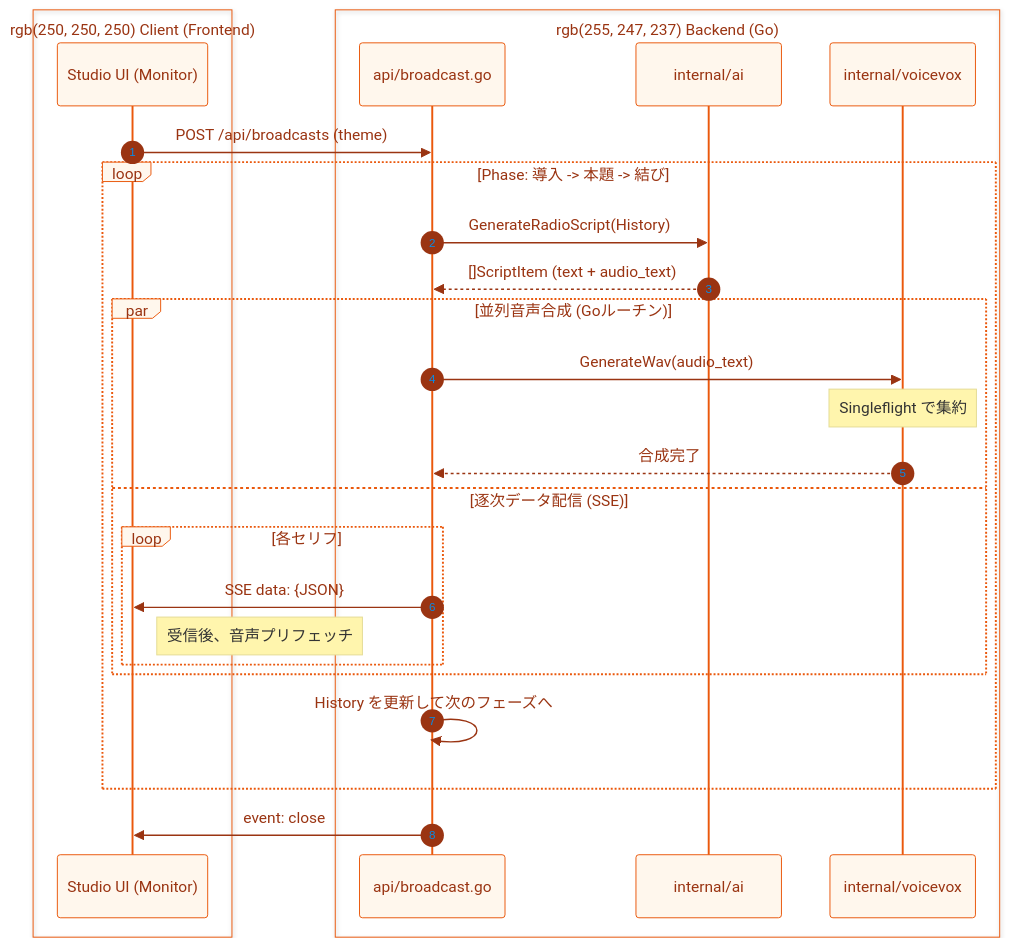
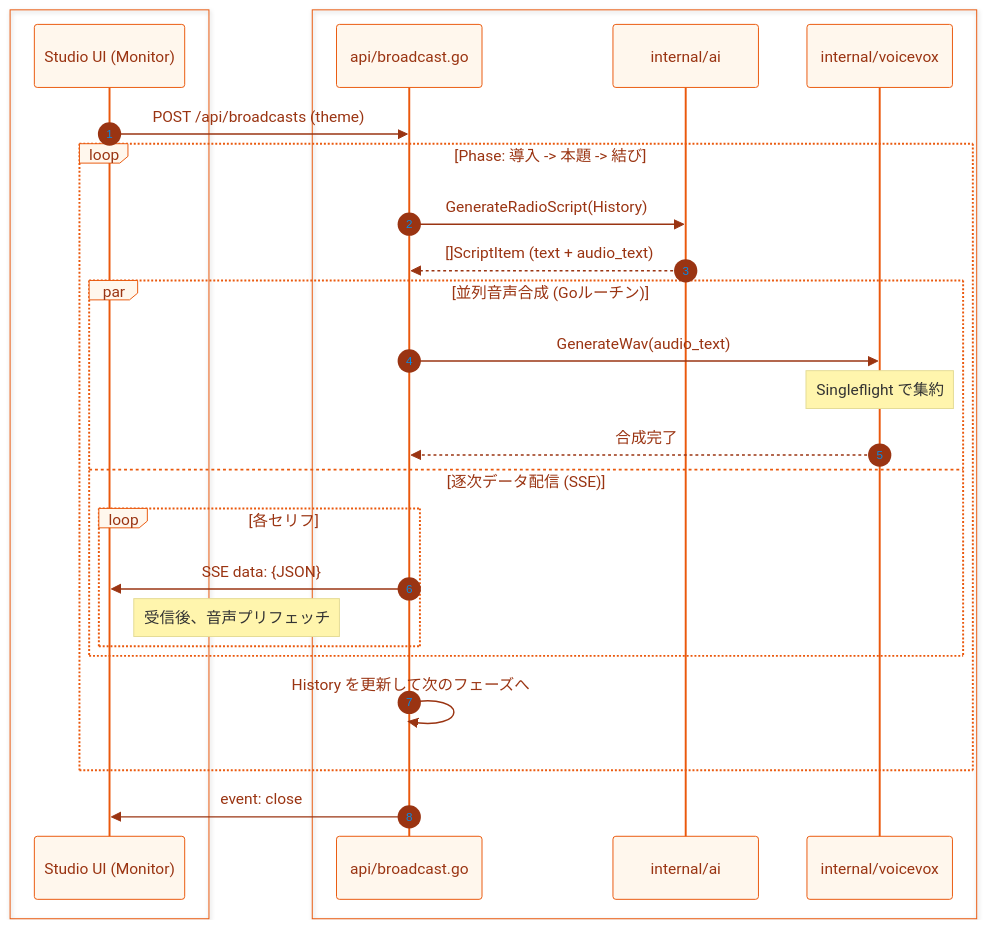
The second of 4 diagrams in docs/system_flow.md (yuma25/AI-Radio-Room), drawn with Mermaid before and after one commit. The commit also changed other lines of this file, not shown here.

Commit message:
docs: use standard hex codes and quoted labels in Mermaid diagrams for better compatibility

````diff
--- a/docs/system_flow.md
+++ b/docs/system_flow.md
@@ -53,37 +53,37 @@
 ```mermaid
 %%{init: {'theme': 'base', 'themeVariables': { 'primaryColor': '#fff7ed', 'primaryTextColor': '#9a3412', 'primaryBorderColor': '#ea580c', 'lineColor': '#f97316'}}}%%
 sequenceDiagram
     autonumber
 
-    box rgb(250, 250, 250) Client (Frontend)
+    box #fafafa "Client (Frontend)"
         participant UI as Studio UI (Monitor)
     end
 
-    box rgb(255, 247, 237) Backend (Go)
+    box #fff7ed "Backend (Go)"
         participant Handler as api/broadcast.go
         participant AI as internal/ai
         participant VV as internal/voicevox
     end
 
     UI->>Handler: POST /api/broadcasts (theme)
     
     loop Phase: 導入 -> 本題 -> 結び
         Handler->>AI: GenerateRadioScript(History)
         AI-->>Handler: []ScriptItem (text + audio_text)
         
         par 並列音声合成 (Goルーチン)
             Handler->>VV: GenerateWav(audio_text)
             Note over VV: Singleflight で集約
             VV-->>Handler: 合成完了
         and 逐次データ配信 (SSE)
             loop 各セリフ
                 Handler->>UI: SSE data: {JSON}
                 Note right of UI: 受信後、音声プリフェッチ
             end
         end
         
         Handler->>Handler: History を更新して次のフェーズへ
     end
 
     Handler->>UI: event: close
 ```
````
